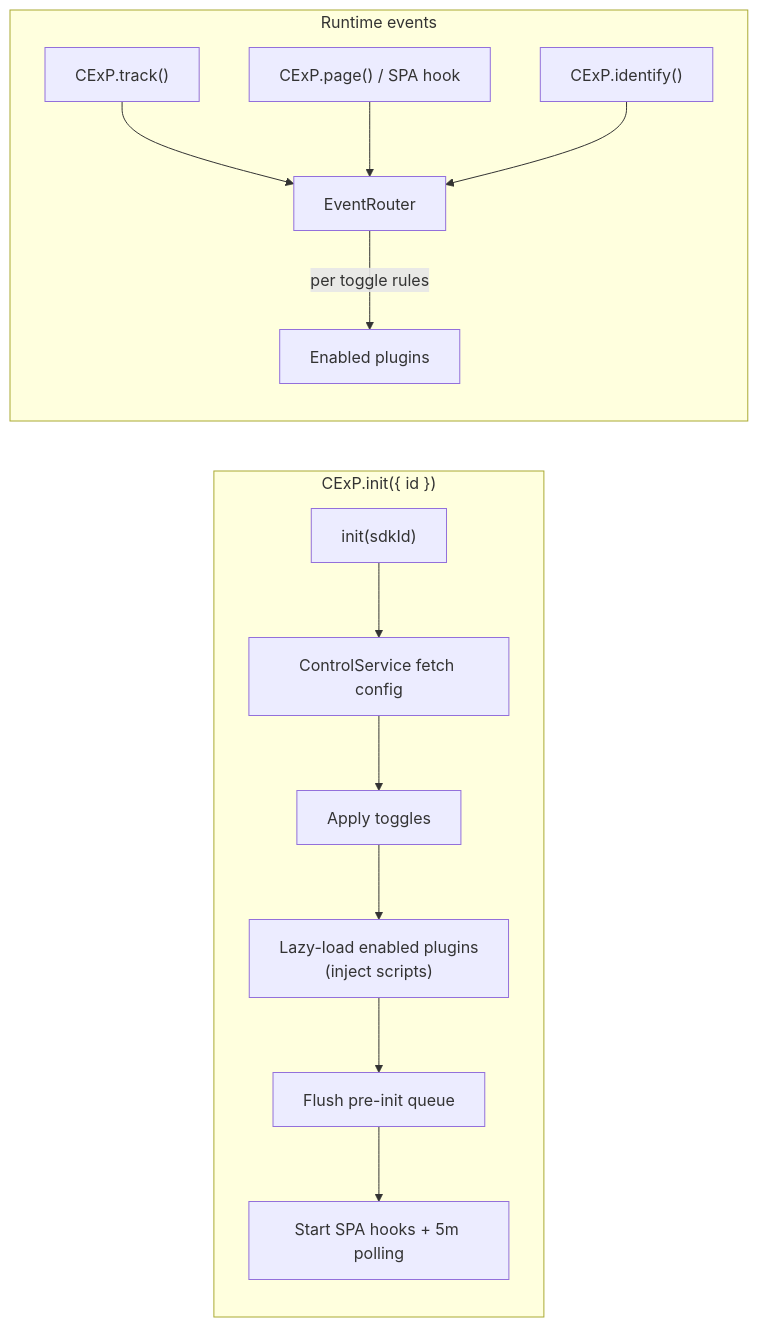
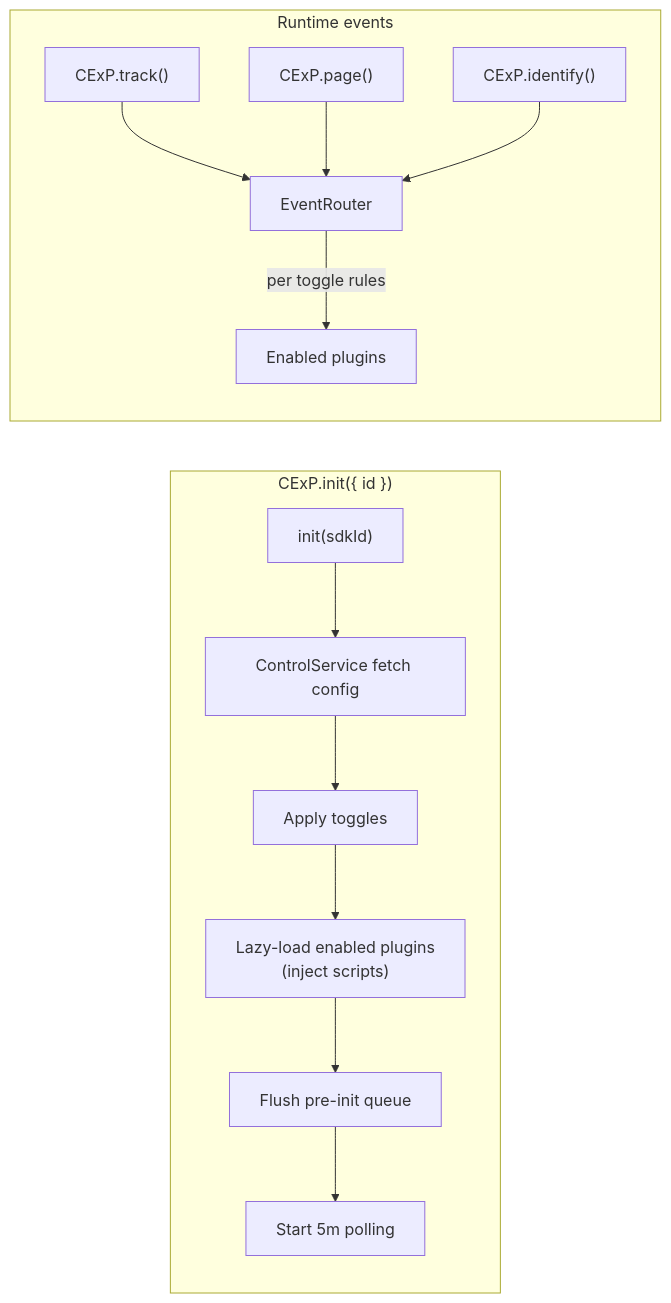
One commit to CExP-dev/cexp-hub-sdk changed the fifth of 8 diagrams in docs/superpowers/architecture/2026-03-20-cexp-hub-sdk-system-architecture.md. Above: the diagram before and after it, drawn with Mermaid. The commit also changed other lines of this file and 10 other files, not shown here.

````diff
--- a/docs/superpowers/architecture/2026-03-20-cexp-hub-sdk-system-architecture.md
+++ b/docs/superpowers/architecture/2026-03-20-cexp-hub-sdk-system-architecture.md
@@ -113,17 +148,17 @@
 ```mermaid
 flowchart LR
   subgraph initPhase ["CExP.init({ id })"]
     A["init(sdkId)"] --> B[ControlService fetch config]
     B --> C[Apply toggles]
     C --> D["Lazy-load enabled plugins\n(inject scripts)"]
     D --> E[Flush pre-init queue]
-    E --> F[Start SPA hooks + 5m polling]
+    E --> F[Start 5m polling]
   end
 
   subgraph runtimePhase [Runtime events]
     T["CExP.track()"] --> G[EventRouter]
-    P["CExP.page() / SPA hook"] --> G
+    P["CExP.page()"] --> G
     I["CExP.identify()"] --> G
     G -->|"per toggle rules"| H[Enabled plugins]
   end
 ```
````
